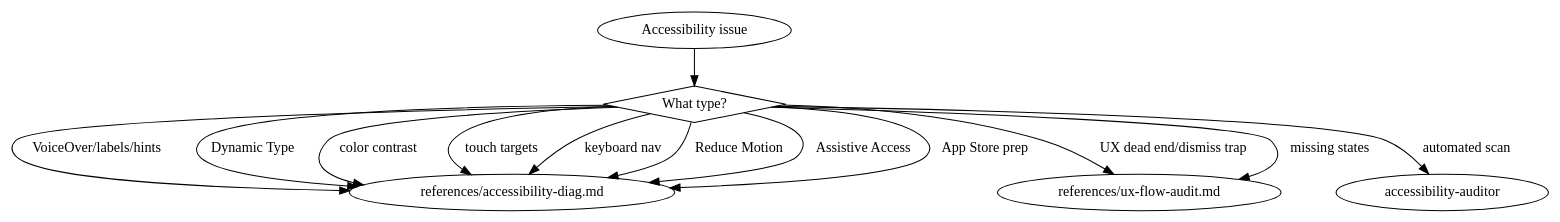
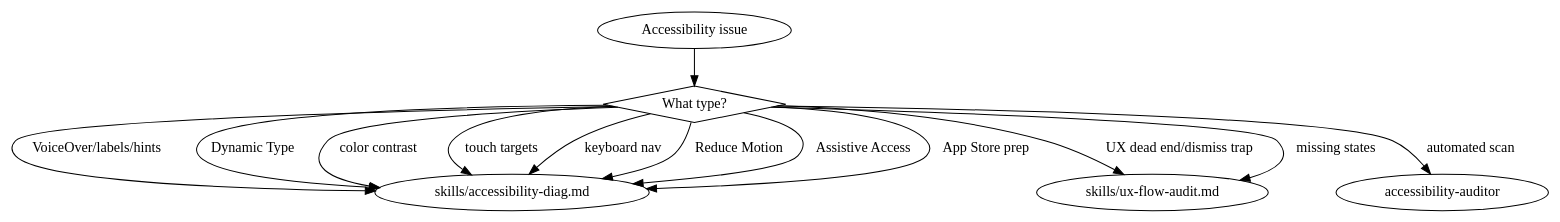
The diagram in .claude-plugin/plugins/axiom/skills/axiom-accessibility/SKILL.md (CharlesWiltgen/Axiom), drawn with Graphviz before and after one commit. The commit also changed other lines of this file and 266 other files, not shown here.

First line of the commit message:
refactor(skills): rename references/ to skills/ across all suites

````diff
--- a/.claude-plugin/plugins/axiom/skills/axiom-accessibility/SKILL.md
+++ b/.claude-plugin/plugins/axiom/skills/axiom-accessibility/SKILL.md
@@ -32,19 +32,19 @@
 ```dot
 digraph accessibility {
     start [label="Accessibility issue" shape=ellipse];
     what [label="What type?" shape=diamond];
 
     start -> what;
-    what -> "references/accessibility-diag.md" [label="VoiceOver/labels/hints"];
-    what -> "references/accessibility-diag.md" [label="Dynamic Type"];
-    what -> "references/accessibility-diag.md" [label="color contrast"];
-    what -> "references/accessibility-diag.md" [label="touch targets"];
-    what -> "references/accessibility-diag.md" [label="keyboard nav"];
-    what -> "references/accessibility-diag.md" [label="Reduce Motion"];
-    what -> "references/accessibility-diag.md" [label="Assistive Access"];
-    what -> "references/accessibility-diag.md" [label="App Store prep"];
-    what -> "references/ux-flow-audit.md" [label="UX dead end/dismiss trap"];
-    what -> "references/ux-flow-audit.md" [label="missing states"];
+    what -> "skills/accessibility-diag.md" [label="VoiceOver/labels/hints"];
+    what -> "skills/accessibility-diag.md" [label="Dynamic Type"];
+    what -> "skills/accessibility-diag.md" [label="color contrast"];
+    what -> "skills/accessibility-diag.md" [label="touch targets"];
+    what -> "skills/accessibility-diag.md" [label="keyboard nav"];
+    what -> "skills/accessibility-diag.md" [label="Reduce Motion"];
+    what -> "skills/accessibility-diag.md" [label="Assistive Access"];
+    what -> "skills/accessibility-diag.md" [label="App Store prep"];
+    what -> "skills/ux-flow-audit.md" [label="UX dead end/dismiss trap"];
+    what -> "skills/ux-flow-audit.md" [label="missing states"];
     what -> "accessibility-auditor" [label="automated scan" shape=box];
 }
 ```
````
